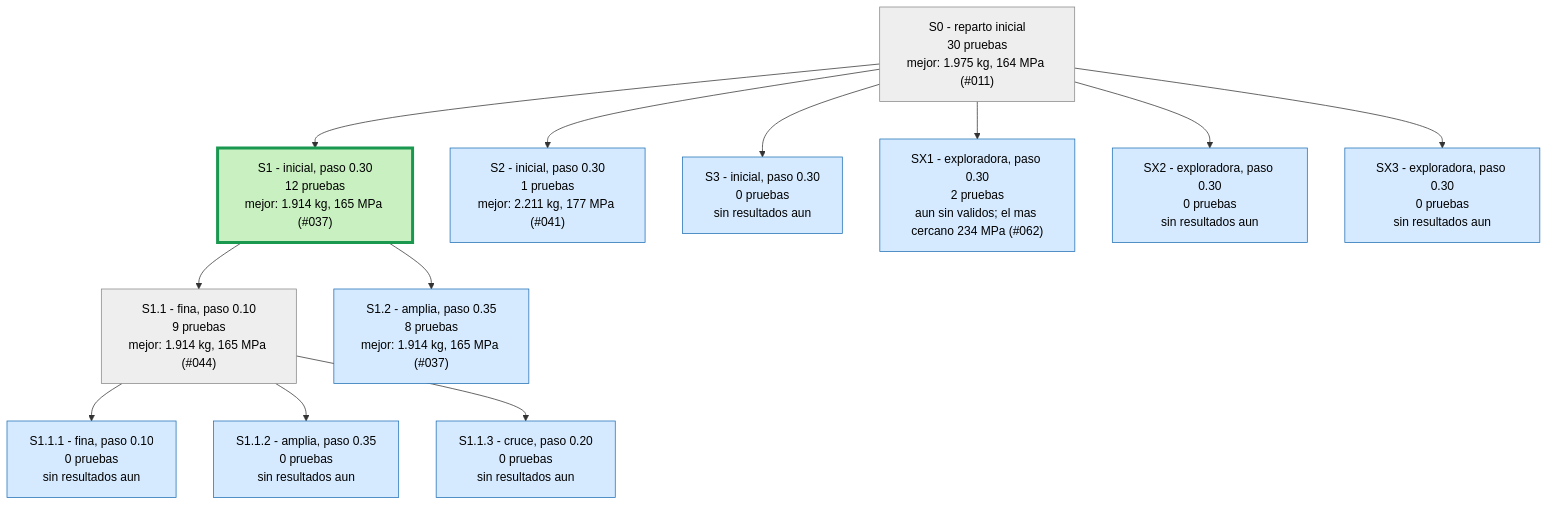
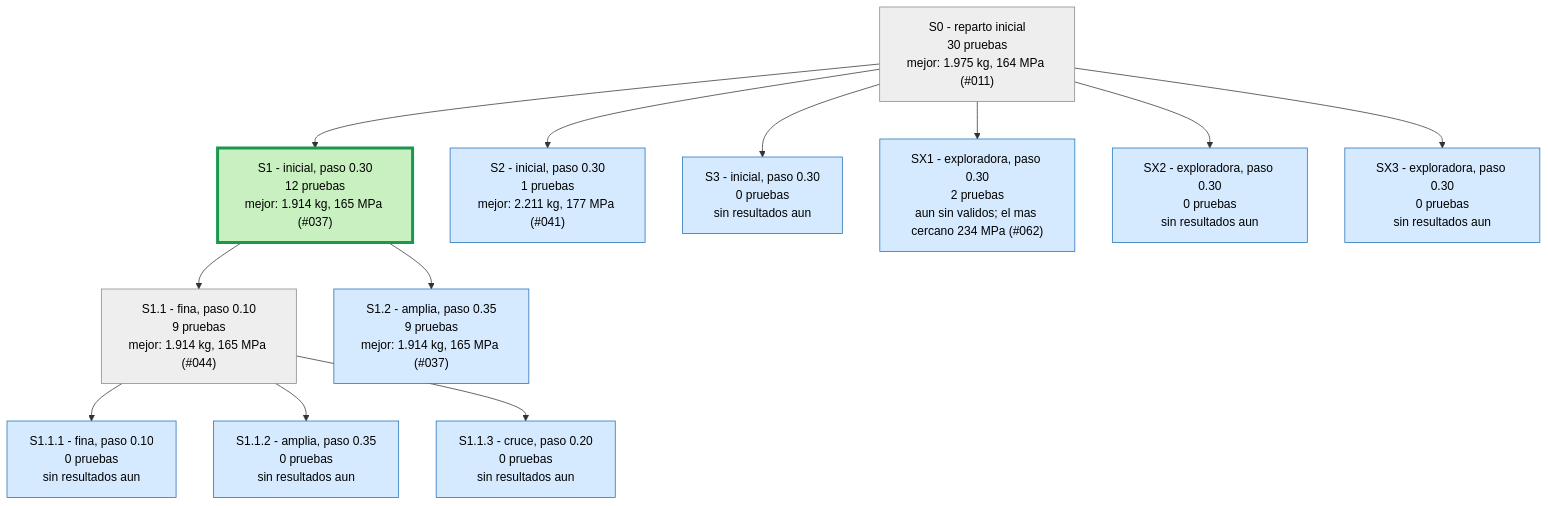
Before and after one commit to Hugiko/msd-soporte-optimizacion: the first of 4 diagrams in runs/opt_37800N/ARBOL.md, drawn with Mermaid. The commit also changed 19 other files, not shown here.

````diff
--- a/runs/opt_37800N/ARBOL.md
+++ b/runs/opt_37800N/ARBOL.md
@@ -9,29 +9,29 @@
 ```mermaid
 graph TD
 classDef activa fill:#d6eaff,stroke:#1f6fb5,color:#000
 classDef fin fill:#eeeeee,stroke:#888,color:#000
 classDef mejor fill:#c8f0c0,stroke:#1a9850,stroke-width:4px,color:#000
 S0["S0 - reparto inicial<br/>30 pruebas<br/>mejor: 1.975 kg, 164 MPa (#011)"]:::fin
 S1["S1 - inicial, paso 0.30<br/>12 pruebas<br/>mejor: 1.914 kg, 165 MPa (#037)"]:::mejor
 S0 --> S1
 S2["S2 - inicial, paso 0.30<br/>1 pruebas<br/>mejor: 2.211 kg, 177 MPa (#041)"]:::activa
 S0 --> S2
 S3["S3 - inicial, paso 0.30<br/>0 pruebas<br/>sin resultados aun"]:::activa
 S0 --> S3
 S1_1["S1.1 - fina, paso 0.10<br/>9 pruebas<br/>mejor: 1.914 kg, 165 MPa (#044)"]:::fin
 S1 --> S1_1
-S1_2["S1.2 - amplia, paso 0.35<br/>8 pruebas<br/>mejor: 1.914 kg, 165 MPa (#037)"]:::activa
+S1_2["S1.2 - amplia, paso 0.35<br/>9 pruebas<br/>mejor: 1.914 kg, 165 MPa (#037)"]:::activa
 S1 --> S1_2
 S1_1_1["S1.1.1 - fina, paso 0.10<br/>0 pruebas<br/>sin resultados aun"]:::activa
 S1_1 --> S1_1_1
 S1_1_2["S1.1.2 - amplia, paso 0.35<br/>0 pruebas<br/>sin resultados aun"]:::activa
 S1_1 --> S1_1_2
 S1_1_3["S1.1.3 - cruce, paso 0.20<br/>0 pruebas<br/>sin resultados aun"]:::activa
 S1_1 --> S1_1_3
 SX1["SX1 - exploradora, paso 0.30<br/>2 pruebas<br/>aun sin validos; el mas cercano 234 MPa (#062)"]:::activa
 S0 --> SX1
 SX2["SX2 - exploradora, paso 0.30<br/>0 pruebas<br/>sin resultados aun"]:::activa
 S0 --> SX2
 SX3["SX3 - exploradora, paso 0.30<br/>0 pruebas<br/>sin resultados aun"]:::activa
 S0 --> SX3
 ```
````
